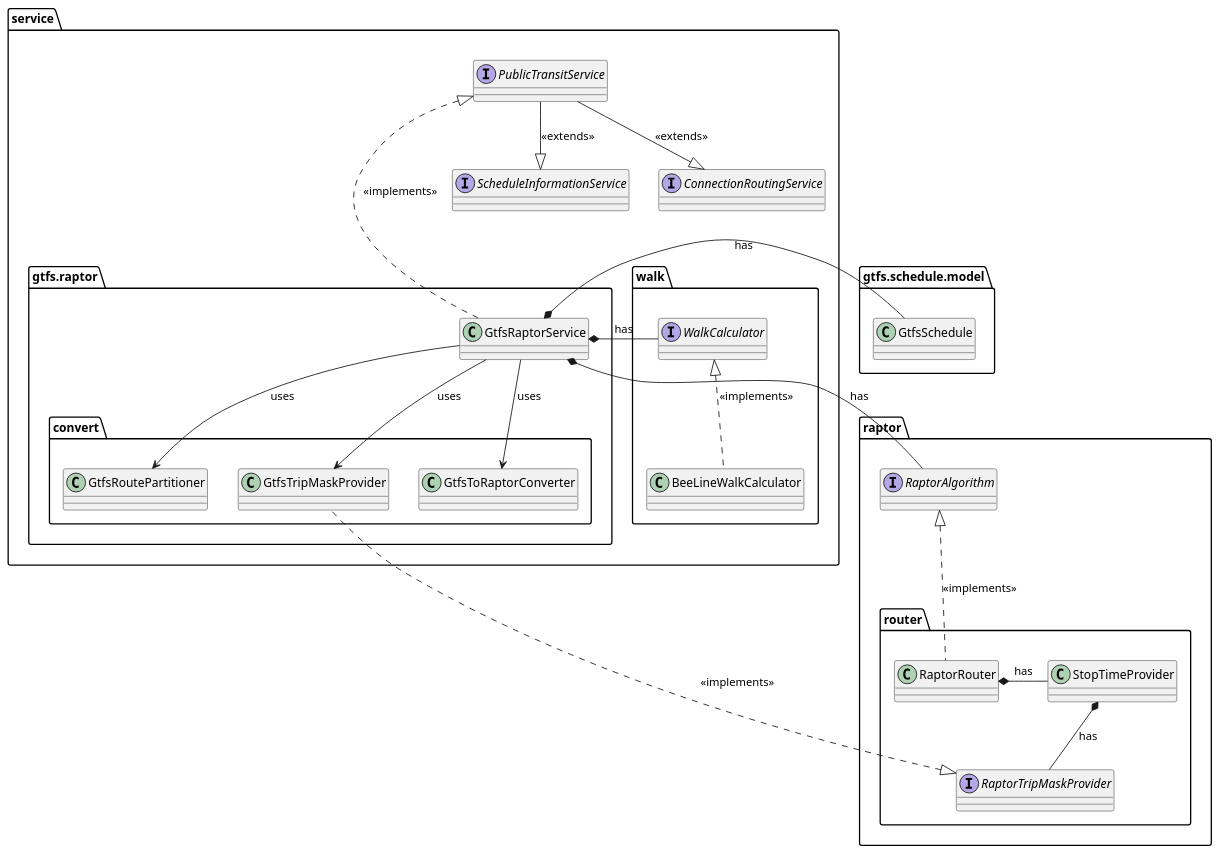
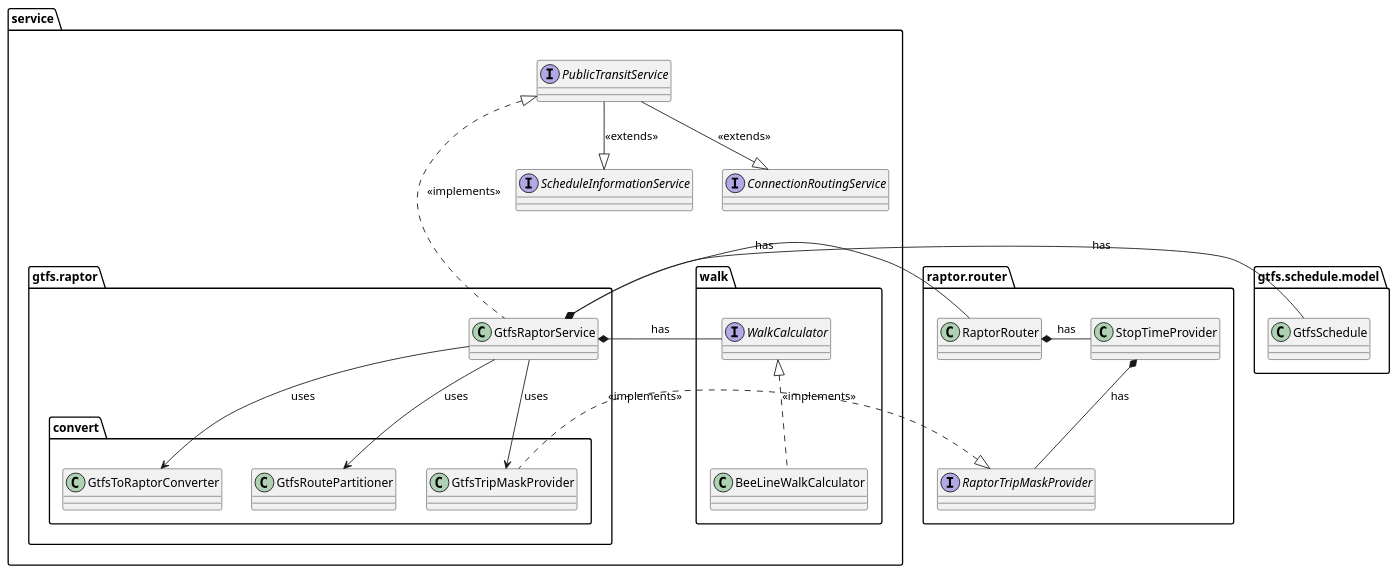
The diagram in Writerside/topics/implementation/public-transit-service.md (naviqore/documentation), drawn with PlantUML before and after one commit.

Commit message:
DOC: NAV-134 - Correct dependency on concrete RaptorRouter

````diff
--- a/Writerside/topics/implementation/public-transit-service.md
+++ b/Writerside/topics/implementation/public-transit-service.md
@@ -16,71 +16,63 @@
 ```plantuml
 @startuml
 set namespaceSeparator none
 
 package service {
     interface PublicTransitService {
     }
     interface ScheduleInformationService {
     }
     interface ConnectionRoutingService {
     }
     
     package walk {
        interface WalkCalculator {
        }
        class BeeLineWalkCalculator {
        }
    }
    
    package gtfs.raptor {
        class GtfsRaptorService {
        }
        package convert {
           class GtfsToRaptorConverter {
           }
           class GtfsRoutePartitioner {
           }
           class GtfsTripMaskProvider {
           }
       }
    }
 }
 
+package raptor.router {
+    class RaptorRouter {
+    }
+    class StopTimeProvider {
+    }
+    interface RaptorTripMaskProvider {
+    }
+}
+
 package "gtfs.schedule.model" {
     class GtfsSchedule {
     }
 }
-
-package raptor {
-    interface RaptorAlgorithm {
-    }
-    
-    package router {
-       class RaptorRouter {
-       }
-       class StopTimeProvider {
-       }
-       interface RaptorTripMaskProvider {
-       }
-   }
-}
-
-
 
 PublicTransitService <|... GtfsRaptorService: <<implements>>
 PublicTransitService --|> ScheduleInformationService: <<extends>>
 PublicTransitService --|> ConnectionRoutingService: <<extends>>
 
 GtfsRaptorService *- WalkCalculator : has
 RaptorRouter *- StopTimeProvider : has
 StopTimeProvider *-- RaptorTripMaskProvider : has
 GtfsRaptorService *- GtfsSchedule : has
-GtfsRaptorService *-- RaptorAlgorithm : has
+GtfsRaptorService *- RaptorRouter : has
 GtfsRaptorService --> GtfsToRaptorConverter : uses
 GtfsRaptorService --> GtfsRoutePartitioner : uses
 GtfsRaptorService --> GtfsTripMaskProvider : uses
 RaptorTripMaskProvider <|.. GtfsTripMaskProvider: <<implements>>
 WalkCalculator <|.. BeeLineWalkCalculator: <<implements>>
-RaptorAlgorithm <|.. RaptorRouter: <<implements>>
 @enduml
 ```
````
